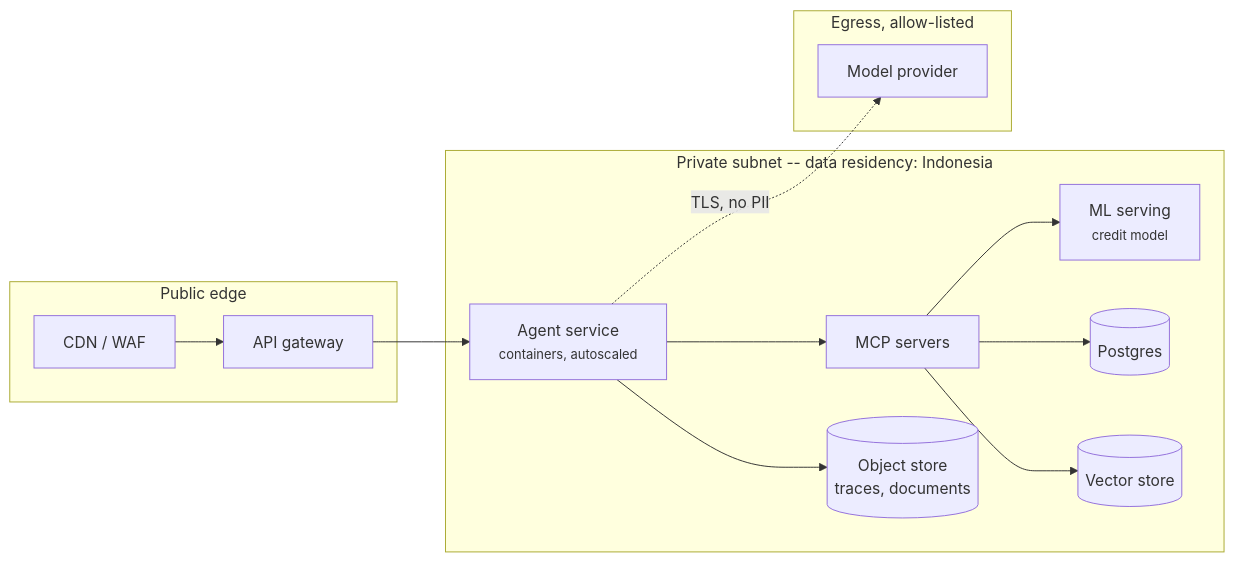
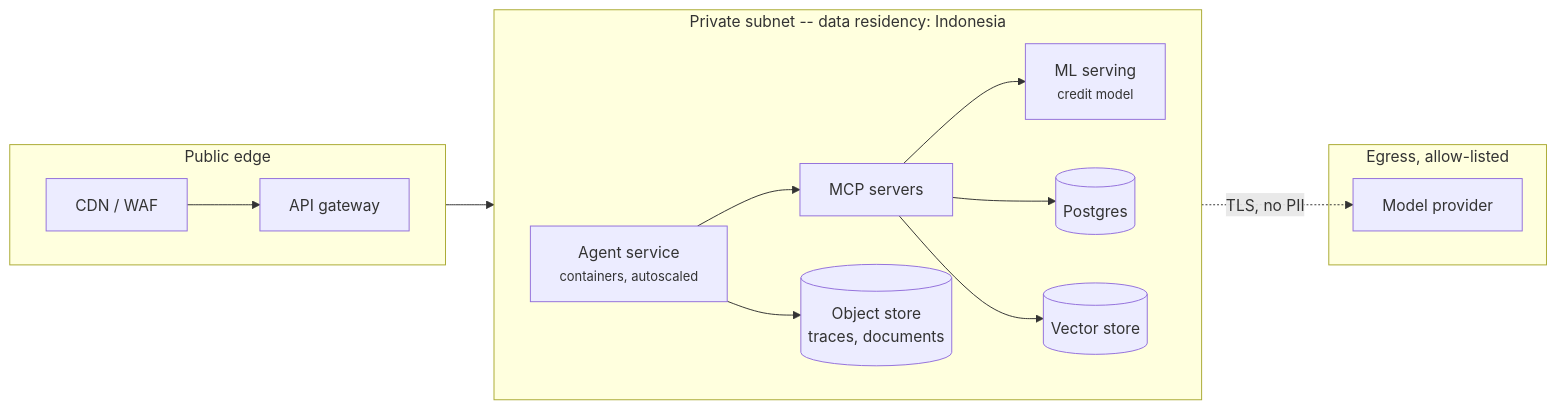
The diagram in figs/hendri-deploy.mmd (situkangsayur/dnd-ai-products-services-pro-course-slides), drawn with Mermaid before and after one commit. The commit also changed 148 other files, not shown here.

First line of the commit message:
Diagram yang mengecil: tuntas. 0 dari 191 figur tampil di bawah 55%

```diff
--- a/figs/hendri-deploy.mmd
+++ b/figs/hendri-deploy.mmd
@@ -1,26 +1,28 @@
 %% direction chosen by tools/figures.py: this renders
 %% better in the space a slide gives it. Edit the deck
 %% source, not this file.
 
 flowchart LR
   subgraph EDGE["Public edge"]
+    direction LR
     CDN["CDN / WAF"]
     GW2["API gateway"]
   end
   subgraph PRIV["Private subnet -- data residency: Indonesia"]
+    direction LR
     SVC["Agent service<br/><small>containers, autoscaled</small>"]
     MCPS["MCP servers"]
     ML["ML serving<br/><small>credit model</small>"]
     DB[("Postgres")]
     VEC[("Vector store")]
     OBJ[("Object store<br/>traces, documents")]
   end
   subgraph OUT["Egress, allow-listed"]
     PROV["Model provider"]
   end
   CDN --> GW2 --> SVC
   SVC --> MCPS --> ML
   MCPS --> DB
   MCPS --> VEC
   SVC --> OBJ
   SVC -. "TLS, no PII" .-> PROV
```
